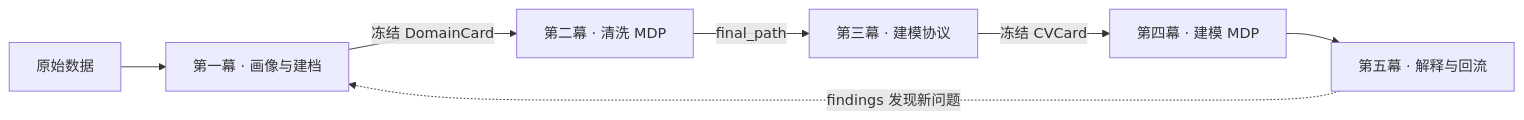
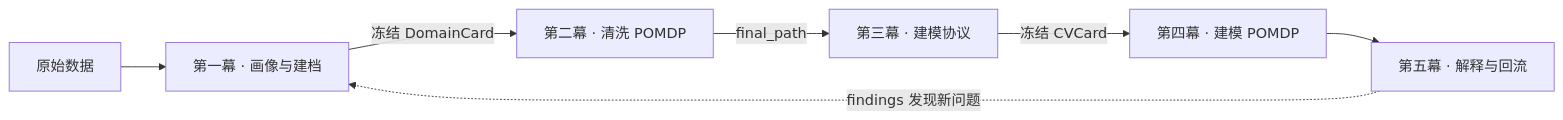
Before and after one commit to ifoodsci-ai/mflowy: the diagram in docs/research-flow.md, drawn with Mermaid. The commit also changed other lines of this file and 33 other files, not shown here.

Commit message:
docs: 术语统一 MDP→POMDP——两域会话 prose 全量清扫 + POMDP 元素表 + 防回潮断言

````diff
--- a/docs/research-flow.md
+++ b/docs/research-flow.md
@@ -15,9 +15,9 @@
 ```mermaid
 flowchart LR
     D["原始数据"] --> S["第一幕 · 画像与建档"]
-    S -->|冻结 DomainCard| C["第二幕 · 清洗 MDP"]
+    S -->|冻结 DomainCard| C["第二幕 · 清洗 POMDP"]
     C -->|final_path| B["第三幕 · 建模协议"]
-    B -->|冻结 CVCard| M["第四幕 · 建模 MDP"]
+    B -->|冻结 CVCard| M["第四幕 · 建模 POMDP"]
     M --> E["第五幕 · 解释与回流"]
     E -.findings 发现新问题.-> S
 ```
````
